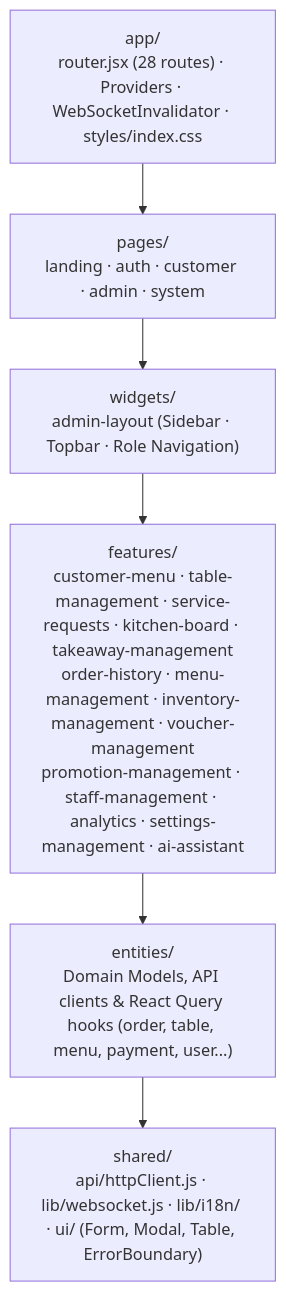
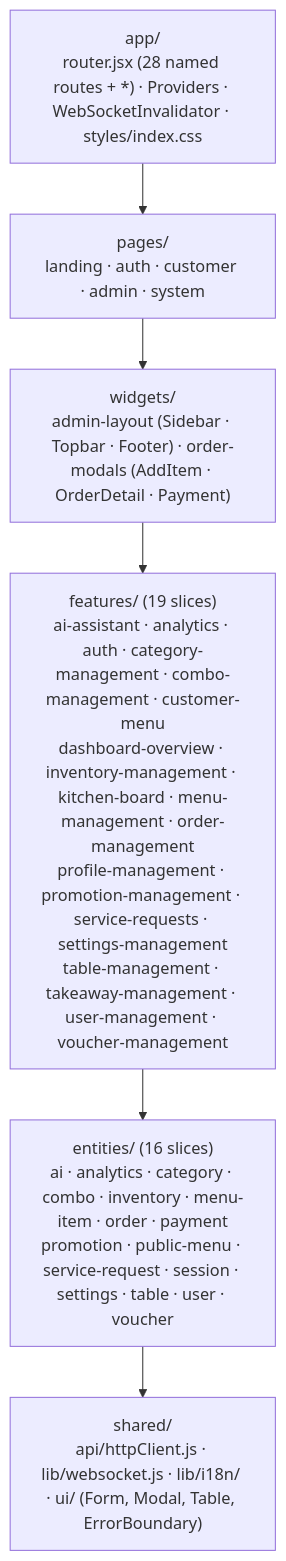
The second of 8 diagrams in docs/knowledge/04-tech/SYSTEM_DESIGN.md (lequochuy05/order_by_qr), drawn with Mermaid before and after one commit. The commit also changed other lines of this file and 19 other files, not shown here.

````diff
--- a/docs/knowledge/04-tech/SYSTEM_DESIGN.md
+++ b/docs/knowledge/04-tech/SYSTEM_DESIGN.md
@@ -116,11 +117,11 @@
 ```mermaid
 flowchart TB
-    APP["app/<br/>router.jsx (28 routes) · Providers · WebSocketInvalidator · styles/index.css"]
+    APP["app/<br/>router.jsx (28 named routes + *) · Providers · WebSocketInvalidator · styles/index.css"]
     PAGES["pages/<br/>landing · auth · customer · admin · system"]
-    WIDGETS["widgets/<br/>admin-layout (Sidebar · Topbar · Role Navigation)"]
-    FEATURES["features/<br/>customer-menu · table-management · service-requests · kitchen-board · takeaway-management<br/>order-history · menu-management · inventory-management · voucher-management<br/>promotion-management · staff-management · analytics · settings-management · ai-assistant"]
-    ENTITIES["entities/<br/>Domain Models, API clients & React Query hooks (order, table, menu, payment, user...)"]
+    WIDGETS["widgets/<br/>admin-layout (Sidebar · Topbar · Footer) · order-modals (AddItem · OrderDetail · Payment)"]
+    FEATURES["features/ (19 slices)<br/>ai-assistant · analytics · auth · category-management · combo-management · customer-menu<br/>dashboard-overview · inventory-management · kitchen-board · menu-management · order-management<br/>profile-management · promotion-management · service-requests · settings-management<br/>table-management · takeaway-management · user-management · voucher-management"]
+    ENTITIES["entities/ (16 slices)<br/>ai · analytics · category · combo · inventory · menu-item · order · payment<br/>promotion · public-menu · service-request · session · settings · table · user · voucher"]
     SHARED["shared/<br/>api/httpClient.js · lib/websocket.js · lib/i18n/ · ui/ (Form, Modal, Table, ErrorBoundary)"]
 
     APP --> PAGES --> WIDGETS --> FEATURES --> ENTITIES --> SHARED
 ```
````
